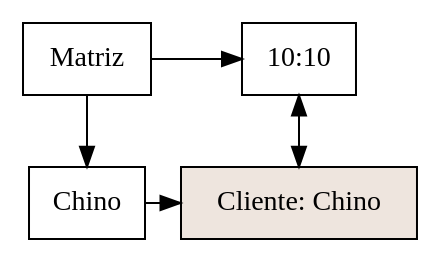
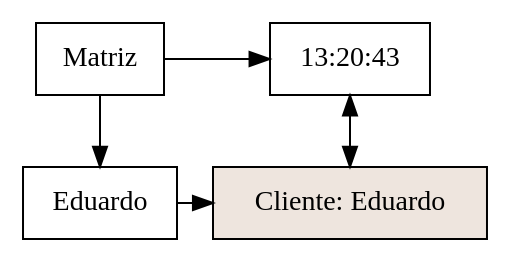
Before and after one commit to Eduardo01004/Proyecto_Clase_EDD: the diagram in Proyecto_Clase/MatrizVentas.dot, drawn with Graphviz. The commit also changed 72 other files, not shown here.

```diff
--- a/Proyecto_Clase/MatrizVentas.dot
+++ b/Proyecto_Clase/MatrizVentas.dot
@@ -1,17 +1,17 @@
 digraph G{
 node [shape = box]
 raiz[label="Matriz"  group=1];
-1020923989 [label="Chino" group = 1];
-1874154700 [label="10:10" group = 254];
-raiz ->1020923989
-raiz ->1874154700
+423083553 [label="Eduardo" group = 1];
+140457578 [label="13:20:43" group = 419];
+raiz ->423083553
+raiz ->140457578
 { rank  = same; raiz 
-1874154700;
+140457578;
 }
-1347870667 [style=filled,fillcolor=seashell2,label= "Cliente: Chino" group = 254 ];
-1020923989->1347870667
-{ rank = same; 1020923989;
-1347870667;
+264512362 [style=filled,fillcolor=seashell2,label= "Cliente: Eduardo" group = 419 ];
+423083553->264512362
+{ rank = same; 423083553;
+264512362;
 }
-1874154700->1347870667[dir=both];
+140457578->264512362[dir=both];
 }
```
